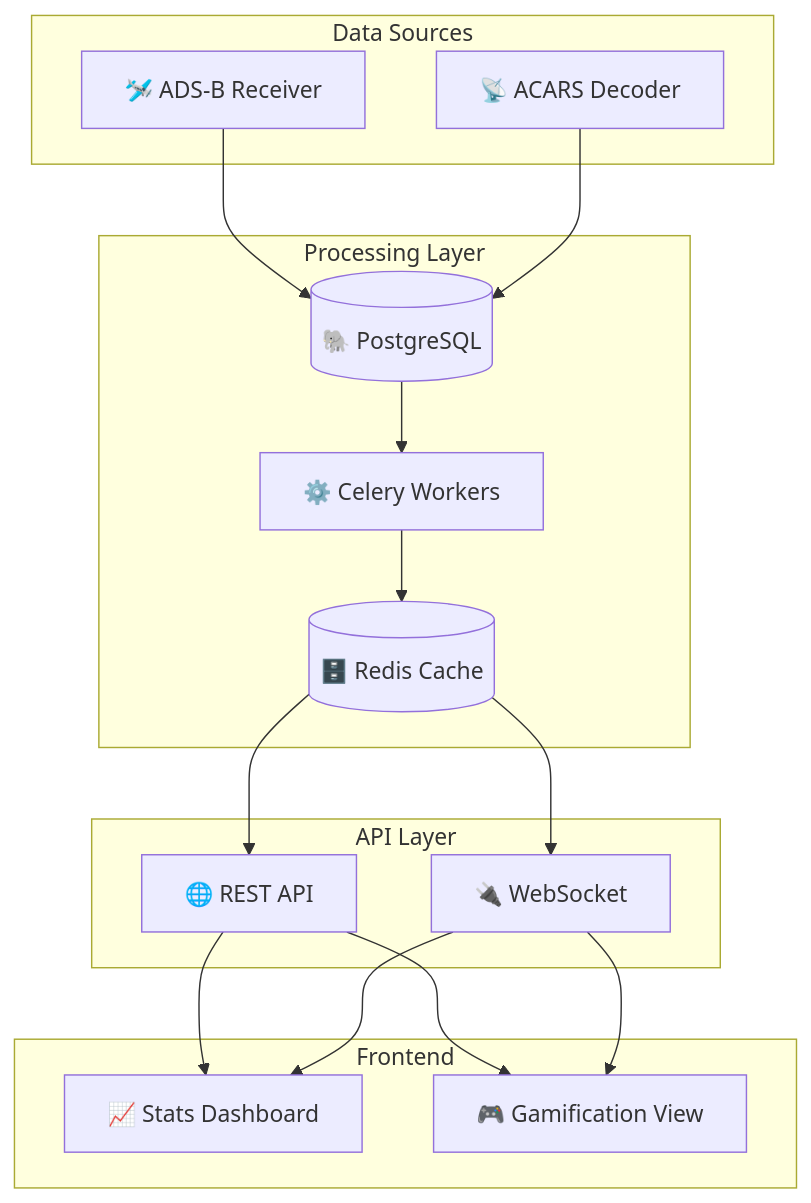
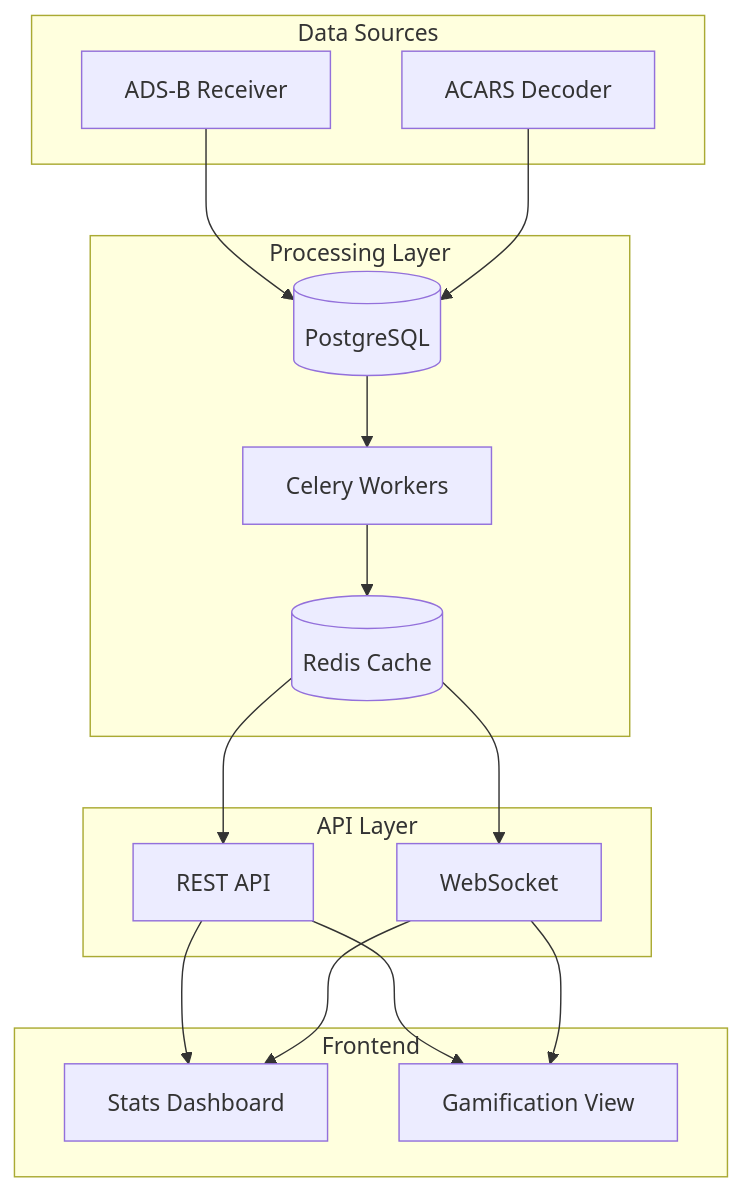
The first of 5 diagrams in docs/features/statistics.md (CHA0S-CORP/SkySpyDocs), drawn with Mermaid before and after one commit. The commit also changed other lines of this file, not shown here.

````diff
--- a/docs/features/statistics.md
+++ b/docs/features/statistics.md
@@ -19,34 +18,34 @@
 ```mermaid
 graph TB
     subgraph "Data Sources"
-        ADS[🛩️ ADS-B Receiver]
-        ACARS[📡 ACARS Decoder]
+        ADS[ADS-B Receiver]
+        ACARS[ACARS Decoder]
     end
 
     subgraph "Processing Layer"
-        CACHE[(🗄️ Redis Cache)]
-        DB[(🐘 PostgreSQL)]
-        CELERY[⚙️ Celery Workers]
+        CACHE[(Redis Cache)]
+        DB[(PostgreSQL)]
+        CELERY[Celery Workers]
     end
 
     subgraph "API Layer"
-        REST[🌐 REST API]
-        WS[🔌 WebSocket]
+        REST[REST API]
+        WS[WebSocket]
     end
 
     subgraph "Frontend"
-        DASH[📈 Stats Dashboard]
-        GAME[🎮 Gamification View]
+        DASH[Stats Dashboard]
+        GAME[Gamification View]
     end
 
     ADS --> DB
     ACARS --> DB
     DB --> CELERY
     CELERY --> CACHE
     CACHE --> REST
     CACHE --> WS
     REST --> DASH
     WS --> DASH
     REST --> GAME
     WS --> GAME
 ```
````
